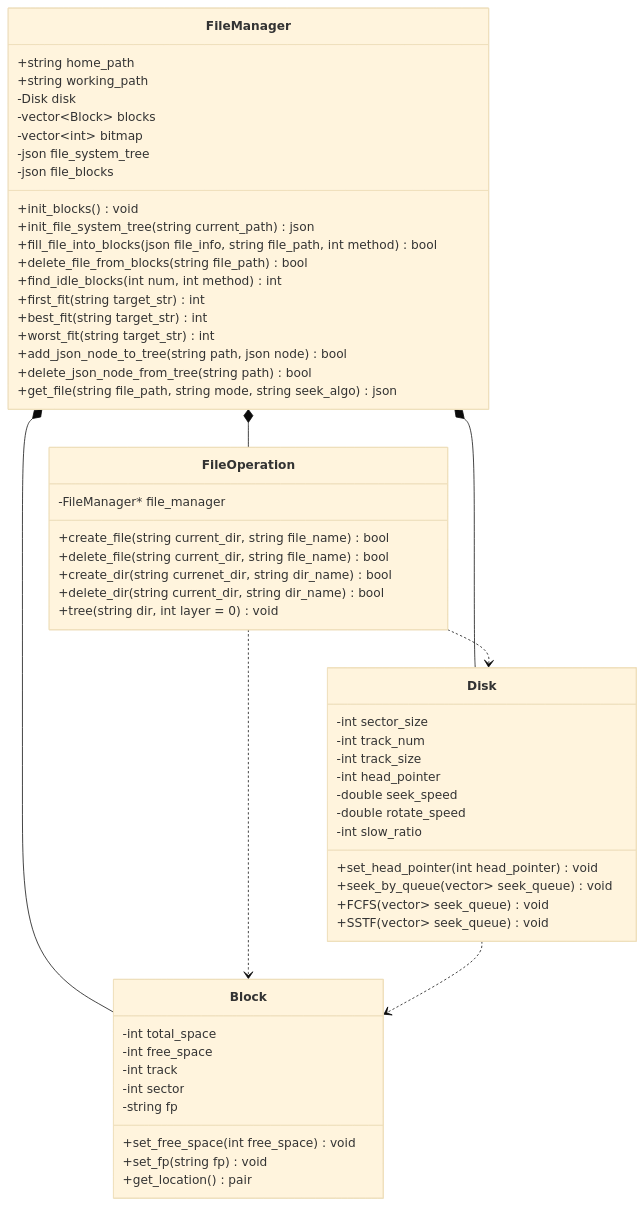
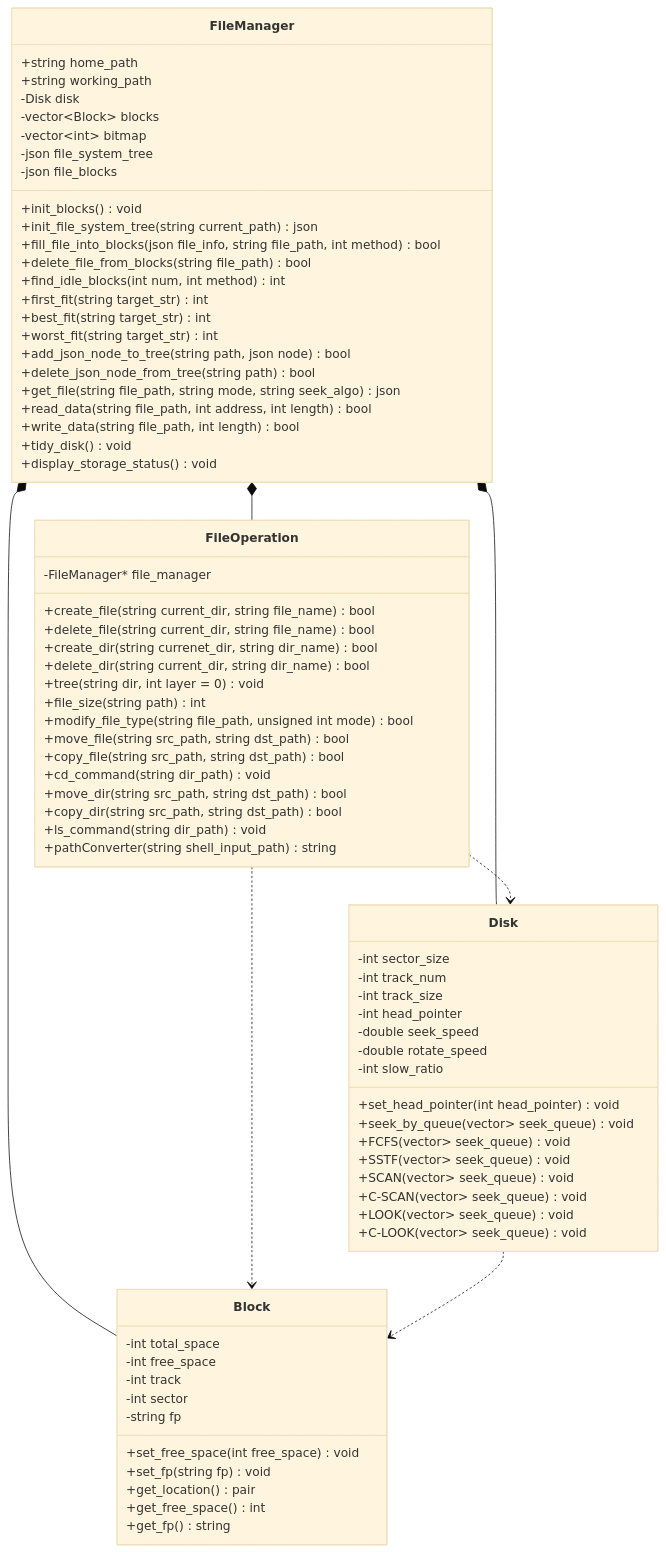
The second of 2 diagrams in README.md (MsunM-cell/Operating-System), drawn with Mermaid (base theme) before and after one commit. The commit also changed 2 other files, not shown here.

Commit message:
draw system structure graph of file management

```diff
--- a/README.md
+++ b/README.md
@@ -118,6 +118,10 @@
     +add_json_node_to_tree(string path, json node) bool
     +delete_json_node_from_tree(string path) bool
     +get_file(string file_path, string mode, string seek_algo) json
+    +read_data(string file_path, int address, int length) bool
+    +write_data(string file_path, int length) bool
+    +tidy_disk() void
+    +display_storage_status() void
 }
 
 class FileOperation {
@@ -128,6 +132,15 @@
     +create_dir(string currenet_dir, string dir_name) bool
     +delete_dir(string current_dir, string dir_name) bool
     +tree(string dir, int layer = 0) void
+    +file_size(string path) int
+    +modify_file_type(string file_path, unsigned int mode) bool
+    +move_file(string src_path, string dst_path) bool
+    +copy_file(string src_path, string dst_path) bool
+    +cd_command(string dir_path) void
+    +move_dir(string src_path, string dst_path) bool
+    +copy_dir(string src_path, string dst_path) bool
+    +ls_command(string dir_path) void
+    +pathConverter(string shell_input_path) string
 }
 
 class Block {
@@ -140,6 +153,8 @@
     +set_free_space(int free_space) void
     +set_fp(string fp) void
     +get_location() pair<int, int>
+    +get_free_space() int
+    +get_fp() string
 }
 
 class Disk {
@@ -155,6 +170,10 @@
     +seek_by_queue(vector<pair<int, int>> seek_queue) void
     +FCFS(vector<pair<int, int>> seek_queue) void
     +SSTF(vector<pair<int, int>> seek_queue) void
+    +SCAN(vector<pair<int, int>> seek_queue) void
+    +C-SCAN(vector<pair<int, int>> seek_queue) void
+    +LOOK(vector<pair<int, int>> seek_queue) void
+    +C-LOOK(vector<pair<int, int>> seek_queue) void
 }
 
 FileManager *-- Disk
```
